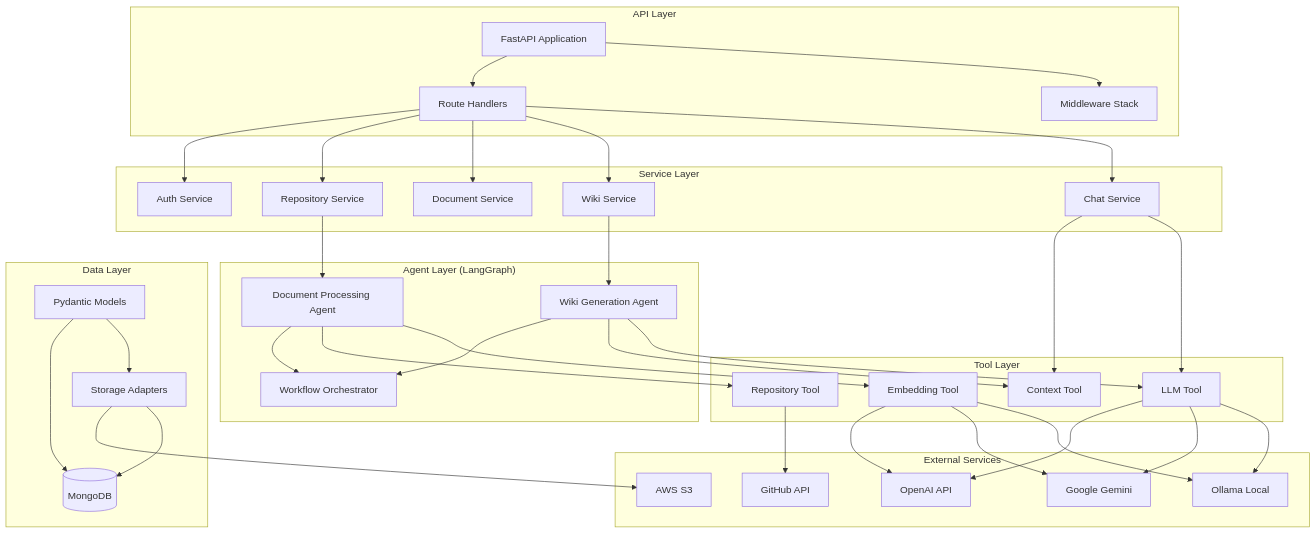
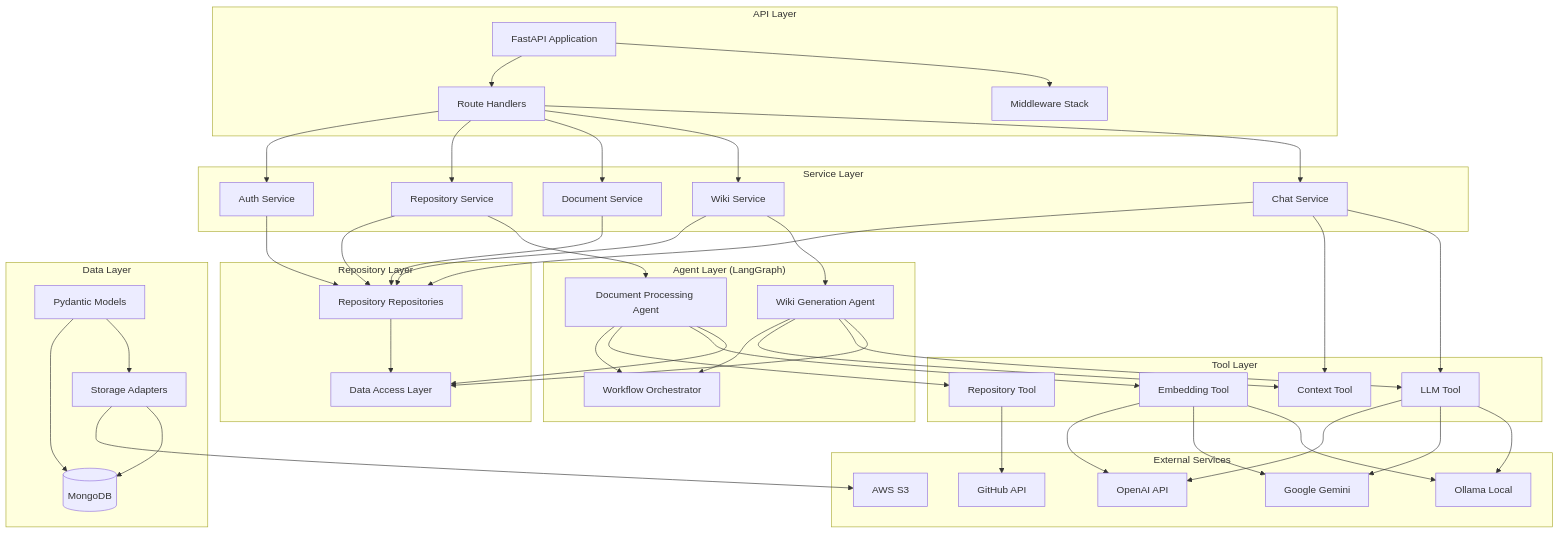
The fifth of 5 diagrams in README.md (alexsohr/autodoc-v2), drawn with Mermaid before and after one commit. The commit also changed other lines of this file and 61 other files, not shown here.

```diff
--- a/README.md
+++ b/README.md
@@ -467,6 +540,13 @@
         DocSvc[Document Service]
         WikiSvc[Wiki Service]
         ChatSvc[Chat Service]
+    end
+    
+    subgraph "Repository Layer"
+        RepoRepo[Repository Repositories]
+        DataAccess[Data Access Layer]
+        
+        RepoRepo --> DataAccess
     end
     
     subgraph "Agent Layer (LangGraph)"
@@ -508,6 +588,12 @@
     Routes --> WikiSvc
     Routes --> ChatSvc
     
+    AuthSvc --> RepoRepo
+    RepoSvc --> RepoRepo
+    DocSvc --> RepoRepo
+    WikiSvc --> RepoRepo
+    ChatSvc --> RepoRepo
+    
     RepoSvc --> DocAgent
     WikiSvc --> WikiAgent
     ChatSvc --> ContextTool
@@ -515,8 +601,10 @@
     
     DocAgent --> RepoTool
     DocAgent --> EmbedTool
+    DocAgent --> DataAccess
     WikiAgent --> ContextTool
     WikiAgent --> LLMTool
+    WikiAgent --> DataAccess
     
     RepoTool --> GitHub
     EmbedTool --> OpenAI
```
